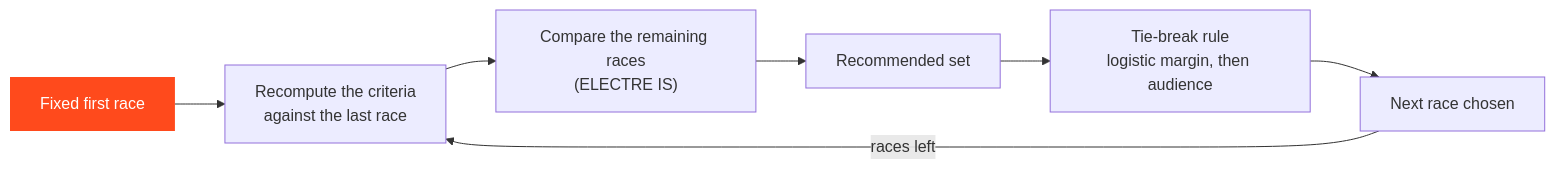
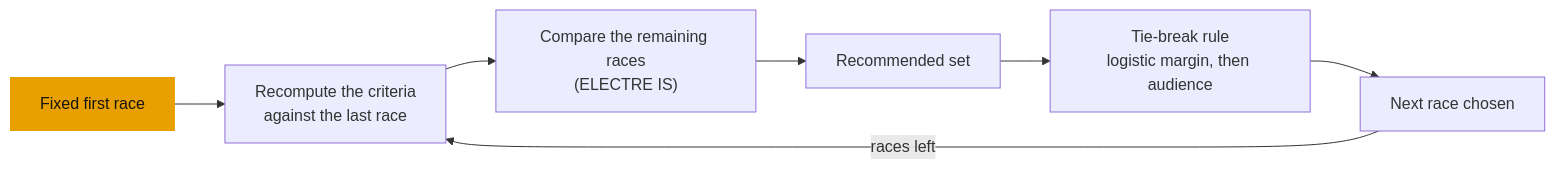
One commit to aemane-m/mon-portfolio changed the diagram in src/content/projects/f1-electre.mdx. Above: the diagram before and after it, drawn with Mermaid. The commit also changed 172 other files, not shown here.

Commit message:
feat: amber accent everywhere (tokens, diagrams, share images, icons), accessible text shades; mail click copies the address; remove dev colour switcher; plain text in table cells

````diff
--- a/src/content/projects/f1-electre.mdx
+++ b/src/content/projects/f1-electre.mdx
@@ -35,10 +35,10 @@
 ```mermaid
 flowchart LR
   A["Fixed first race"]:::accent --> B["Recompute the criteria<br/>against the last race"]
   B --> C["Compare the remaining races<br/>(ELECTRE IS)"]
   C --> D["Recommended set"]
   D --> E["Tie-break rule<br/>logistic margin, then audience"]
   E --> F["Next race chosen"]
   F -->|"races left"| B
-  classDef accent fill:#ff4a1c,color:#fff,stroke:none
+  classDef accent fill:#e8a000,color:#17150f,stroke:none
 ```
````
